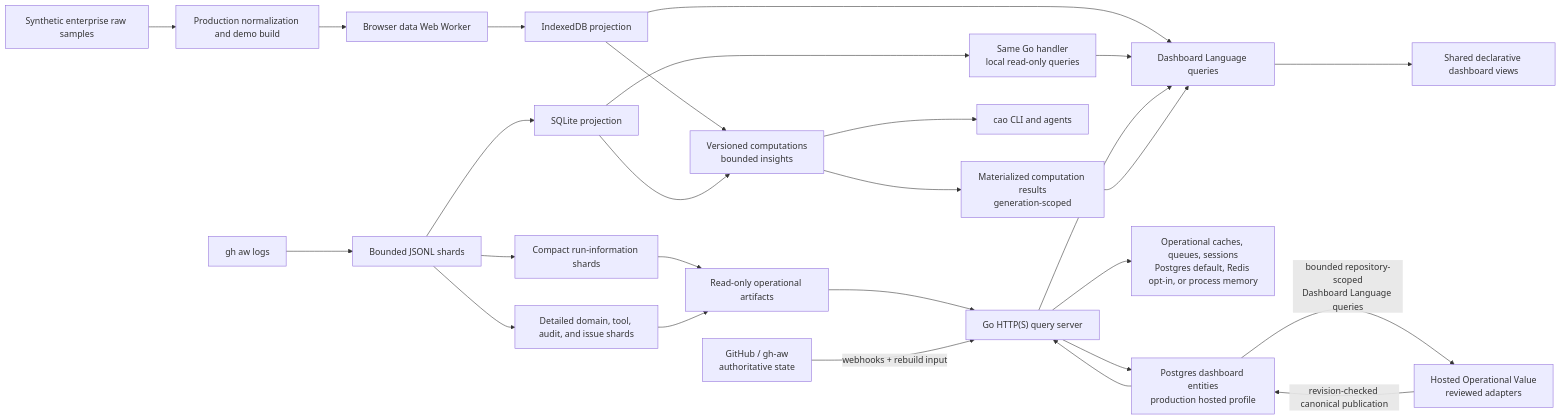
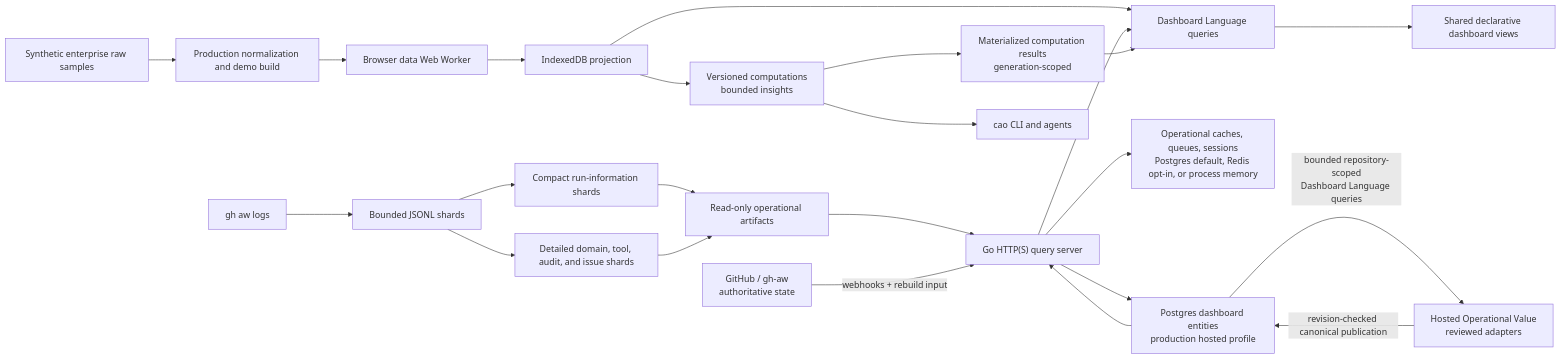
The second of 2 diagrams in ARCHITECTURE.md (githubnext/gh-cao), drawn with Mermaid before and after one commit. The commit also changed other lines of this file and 325 other files, not shown here.

Commit message:
Remove SQLite backends in favor of local PostgreSQL

````diff
--- a/ARCHITECTURE.md
+++ b/ARCHITECTURE.md
@@ -176,44 +176,40 @@
 ```mermaid
 flowchart LR
     Logs["gh aw logs"]
     Shards["Bounded JSONL shards"]
     Runs["Compact run-information shards"]
     Records["Detailed domain, tool, audit, and issue shards"]
-    SQLite["SQLite projection"]
     Publisher["Read-only operational artifacts"]
     Sample["Synthetic enterprise raw samples"]
     Normalize["Production normalization and demo build"]
     Worker["Browser data Web Worker"]
     IndexedDB["IndexedDB projection"]
     Postgres["Postgres dashboard entities<br/>production hosted profile"]
     Redis["Operational caches, queues, sessions<br/>Postgres default, Redis opt-in, or process memory"]
     Query["Dashboard Language queries"]
     GoServer["Go HTTP(S) query server"]
     GitHub["GitHub / gh-aw<br/>authoritative state"]
     Compute["Versioned computations<br/>bounded insights"]
     HostedValue["Hosted Operational Value<br/>reviewed adapters"]
     Results["Materialized computation results<br/>generation-scoped"]
     UI["Shared declarative dashboard views"]
     CLI["cao CLI and agents"]
 
     Logs --> Shards
-    Shards --> SQLite
     Shards --> Runs
     Shards --> Records
     Runs --> Publisher
     Records --> Publisher
     Sample --> Normalize --> Worker
     Worker --> IndexedDB
     IndexedDB --> Query
     Publisher --> GoServer --> Postgres
-    SQLite --> Local["Same Go handler<br/>local read-only queries"] --> Query
     GitHub -->|"webhooks + rebuild input"| GoServer
     GoServer --> Redis
     Postgres --> GoServer --> Query
     IndexedDB --> Compute --> Results --> Query
-    SQLite --> Compute
     Postgres -->|"bounded repository-scoped<br/>Dashboard Language queries"| HostedValue
     HostedValue -->|"revision-checked canonical publication"| Postgres
     Query --> UI
     Compute --> CLI
 ```
````
